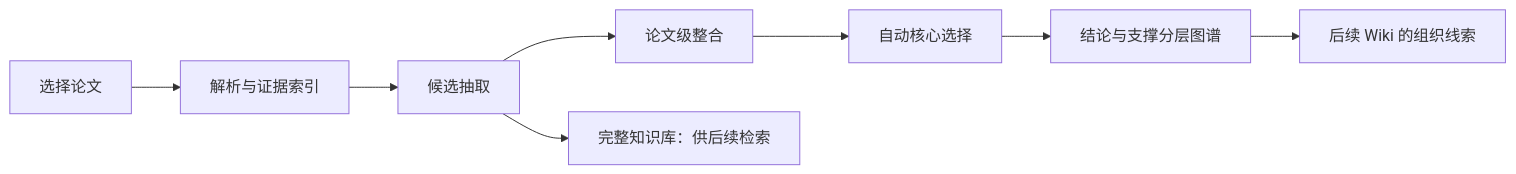
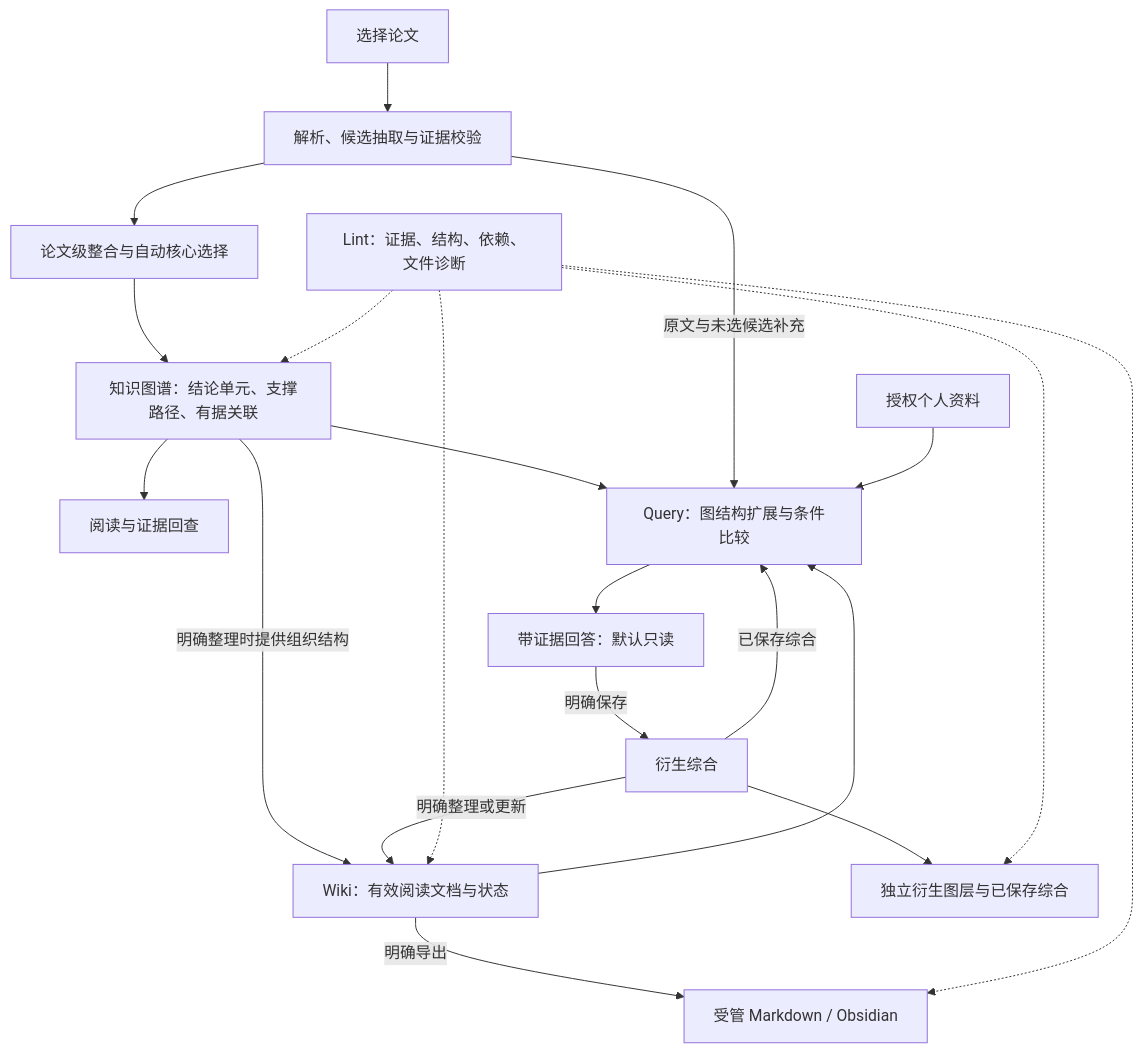
The diagram in docs/01_product_design.md (KLucen/ResearchGraphStudio), drawn with Mermaid before and after one commit. The commit also changed other lines of this file and 139 other files, not shown here.

````diff
--- a/docs/01_product_design.md
+++ b/docs/01_product_design.md
@@ -11,10 +11,22 @@
 ```mermaid
-flowchart LR
-  A[选择论文] --> B[解析与证据索引]
-  B --> C[候选抽取]
-  C --> D[论文级整合]
-  D --> E[自动核心选择]
-  E --> F[结论与支撑分层图谱]
-  C --> Q[完整知识库：供后续检索]
-  F --> W[后续 Wiki 的组织线索]
+flowchart TD
+  A[选择论文] --> B[解析、候选抽取与证据校验]
+  B --> C[论文级整合与自动核心选择]
+  C --> G[知识图谱：结论单元、支撑路径、有据关联]
+  G --> R[阅读与证据回查]
+  G --> Q[Query：图结构扩展与条件比较]
+  B -->|原文与未选候选补充| Q
+  W[Wiki：有效阅读文档与状态] --> Q
+  N[授权个人资料] --> Q
+  Q --> A2[带证据回答：默认只读]
+  A2 -->|明确保存| S[衍生综合]
+  S --> D[独立衍生图层与已保存综合]
+  S -->|已保存综合| Q
+  G -->|明确整理时提供组织结构| W
+  S -->|明确整理或更新| W
+  W -->|明确导出| M[受管 Markdown / Obsidian]
+  L[Lint：证据、结构、依赖、文件诊断] -.-> G
+  L -.-> D
+  L -.-> W
+  L -.-> M
 ```
````
